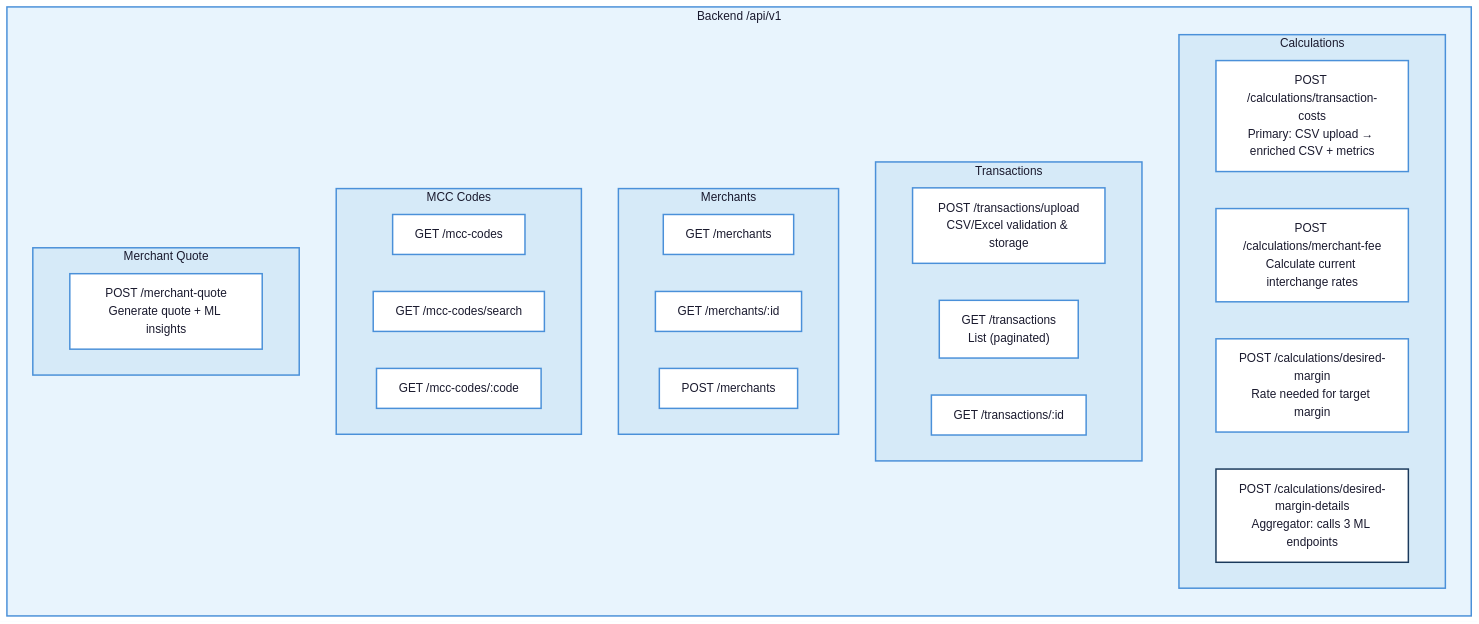
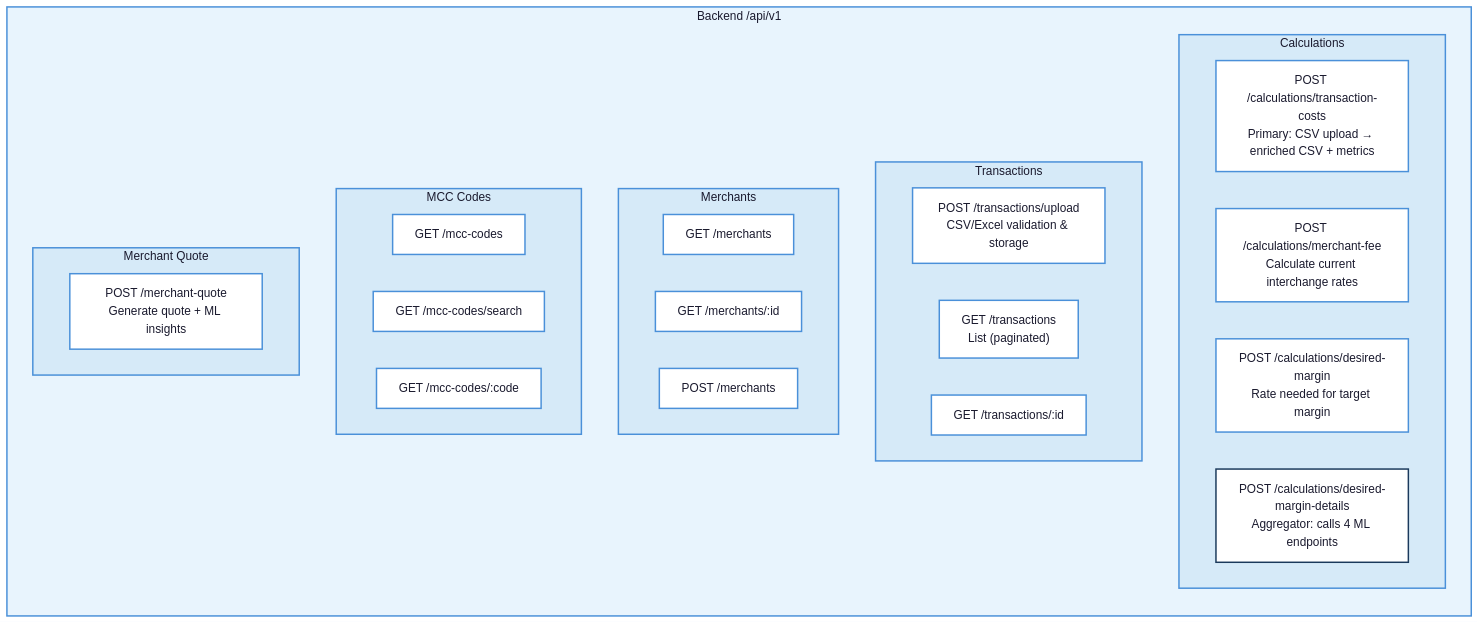
One commit to Yattmeo/404_found_us changed the third of 11 diagrams in ARCHITECTURE.md. Above: the diagram before and after it, drawn with Mermaid. The commit also changed other lines of this file and 3 other files, not shown here.

````diff
--- a/ARCHITECTURE.md
+++ b/ARCHITECTURE.md
@@ -81,57 +91,57 @@
 ```mermaid
 %%{init: {'theme': 'base', 'themeVariables': { 'primaryColor': '#D6EAF8', 'primaryTextColor': '#1a1a2e', 'primaryBorderColor': '#4A90D9', 'lineColor': '#4A90D9', 'fontFamily': 'Segoe UI, sans-serif' }}}%%
 graph LR
     subgraph backend["Backend /api/v1"]
         direction TB
 
         subgraph calc["Calculations"]
             TC["POST /calculations/transaction-costs<br/>Primary: CSV upload → enriched CSV + metrics"]
             MF["POST /calculations/merchant-fee<br/>Calculate current interchange rates"]
             DM["POST /calculations/desired-margin<br/>Rate needed for target margin"]
-            DMD["POST /calculations/desired-margin-details<br/>Aggregator: calls 3 ML endpoints"]
+            DMD["POST /calculations/desired-margin-details<br/>Aggregator: calls 4 ML endpoints"]
         end
 
         subgraph txn["Transactions"]
             TU["POST /transactions/upload<br/>CSV/Excel validation & storage"]
             TL["GET /transactions<br/>List (paginated)"]
             TG["GET /transactions/:id"]
         end
 
         subgraph merch["Merchants"]
             ML2["GET /merchants"]
             MG["GET /merchants/:id"]
             MC["POST /merchants"]
         end
 
         subgraph mcc["MCC Codes"]
             MA["GET /mcc-codes"]
             MS["GET /mcc-codes/search"]
             MCC2["GET /mcc-codes/:code"]
         end
 
         subgraph quote["Merchant Quote"]
             MQ["POST /merchant-quote<br/>Generate quote + ML insights"]
         end
     end
 
     style backend fill:#E8F4FD,stroke:#4A90D9,stroke-width:2px,color:#1a1a2e
     style calc fill:#D6EAF8,stroke:#4A90D9,stroke-width:2px,color:#1a1a2e
     style txn fill:#D6EAF8,stroke:#4A90D9,stroke-width:2px,color:#1a1a2e
     style merch fill:#D6EAF8,stroke:#4A90D9,stroke-width:2px,color:#1a1a2e
     style mcc fill:#D6EAF8,stroke:#4A90D9,stroke-width:2px,color:#1a1a2e
     style quote fill:#D6EAF8,stroke:#4A90D9,stroke-width:2px,color:#1a1a2e
     style TC fill:#ffffff,stroke:#4A90D9,stroke-width:2px,color:#1a1a2e
     style MF fill:#ffffff,stroke:#4A90D9,stroke-width:2px,color:#1a1a2e
     style DM fill:#ffffff,stroke:#4A90D9,stroke-width:2px,color:#1a1a2e
     style DMD fill:#ffffff,stroke:#1B3A5C,stroke-width:2px,color:#1a1a2e
     style TU fill:#ffffff,stroke:#4A90D9,stroke-width:2px,color:#1a1a2e
     style TL fill:#ffffff,stroke:#4A90D9,stroke-width:2px,color:#1a1a2e
     style TG fill:#ffffff,stroke:#4A90D9,stroke-width:2px,color:#1a1a2e
     style ML2 fill:#ffffff,stroke:#4A90D9,stroke-width:2px,color:#1a1a2e
     style MG fill:#ffffff,stroke:#4A90D9,stroke-width:2px,color:#1a1a2e
     style MC fill:#ffffff,stroke:#4A90D9,stroke-width:2px,color:#1a1a2e
     style MA fill:#ffffff,stroke:#4A90D9,stroke-width:2px,color:#1a1a2e
     style MS fill:#ffffff,stroke:#4A90D9,stroke-width:2px,color:#1a1a2e
     style MCC2 fill:#ffffff,stroke:#4A90D9,stroke-width:2px,color:#1a1a2e
     style MQ fill:#ffffff,stroke:#4A90D9,stroke-width:2px,color:#1a1a2e
 ```
````
